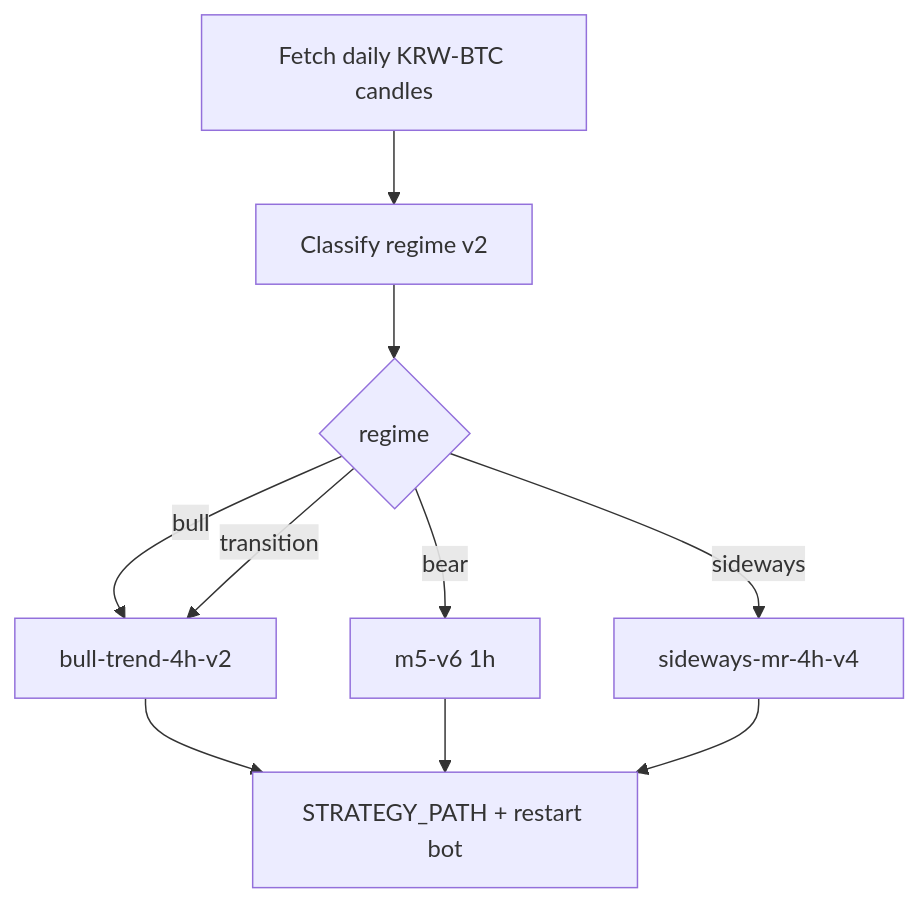
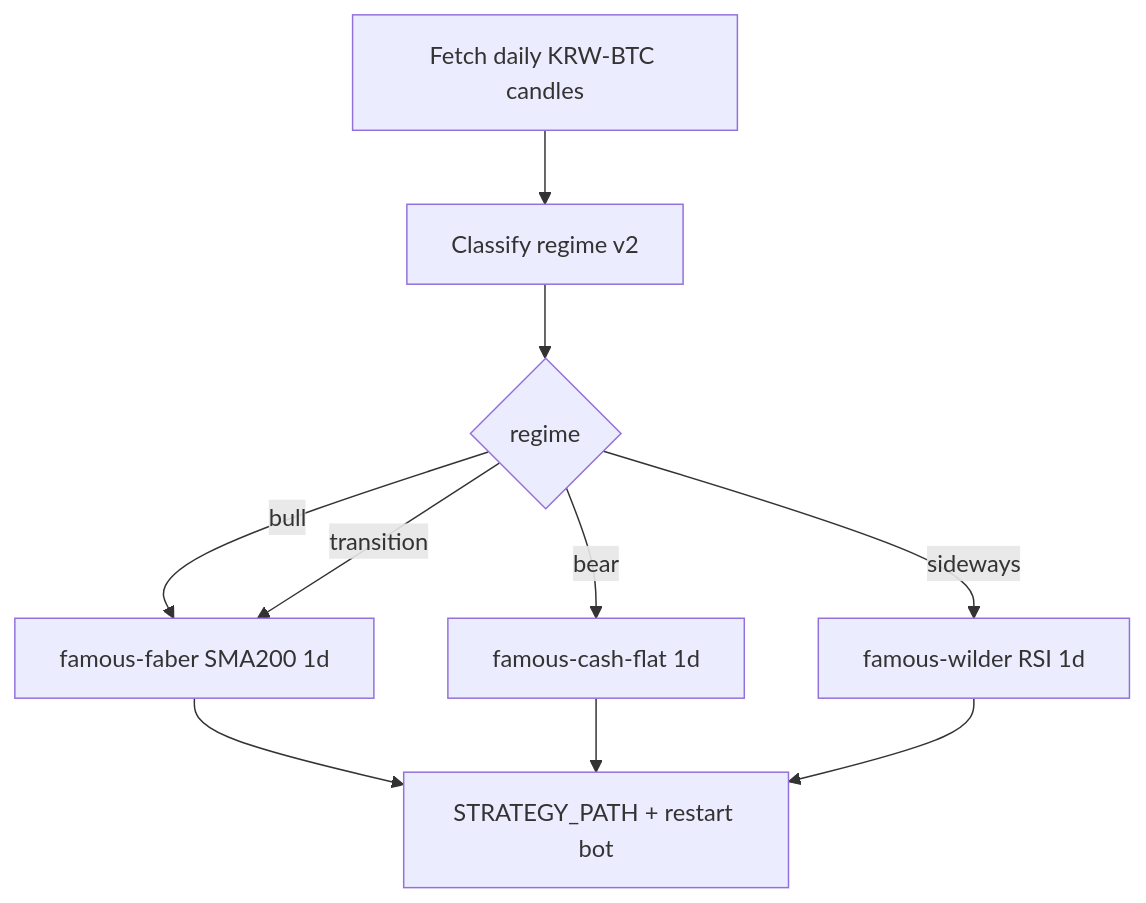
The first of 2 diagrams in docs/regime-auto-switch-playbook.md (Mansejin/auto-trade), drawn with Mermaid before and after one commit. The commit also changed other lines of this file and 8 other files, not shown here.

First line of the commit message:
Mount famous Faber/Wilder/cash rules on CORE by regime.

````diff
--- a/docs/regime-auto-switch-playbook.md
+++ b/docs/regime-auto-switch-playbook.md
@@ -33,12 +33,12 @@
 ```mermaid
 flowchart TD
   D["Fetch daily KRW-BTC candles"] --> C["Classify regime v2"]
   C --> R{"regime"}
-  R -->|bull| B["bull-trend-4h-v2"]
+  R -->|bull| B["famous-faber SMA200 1d"]
   R -->|transition| B
-  R -->|bear| E["m5-v6 1h"]
-  R -->|sideways| S["sideways-mr-4h-v4"]
+  R -->|bear| E["famous-cash-flat 1d"]
+  R -->|sideways| S["famous-wilder RSI 1d"]
   B --> P["STRATEGY_PATH + restart bot"]
   E --> P
   S --> P
 ```
````
